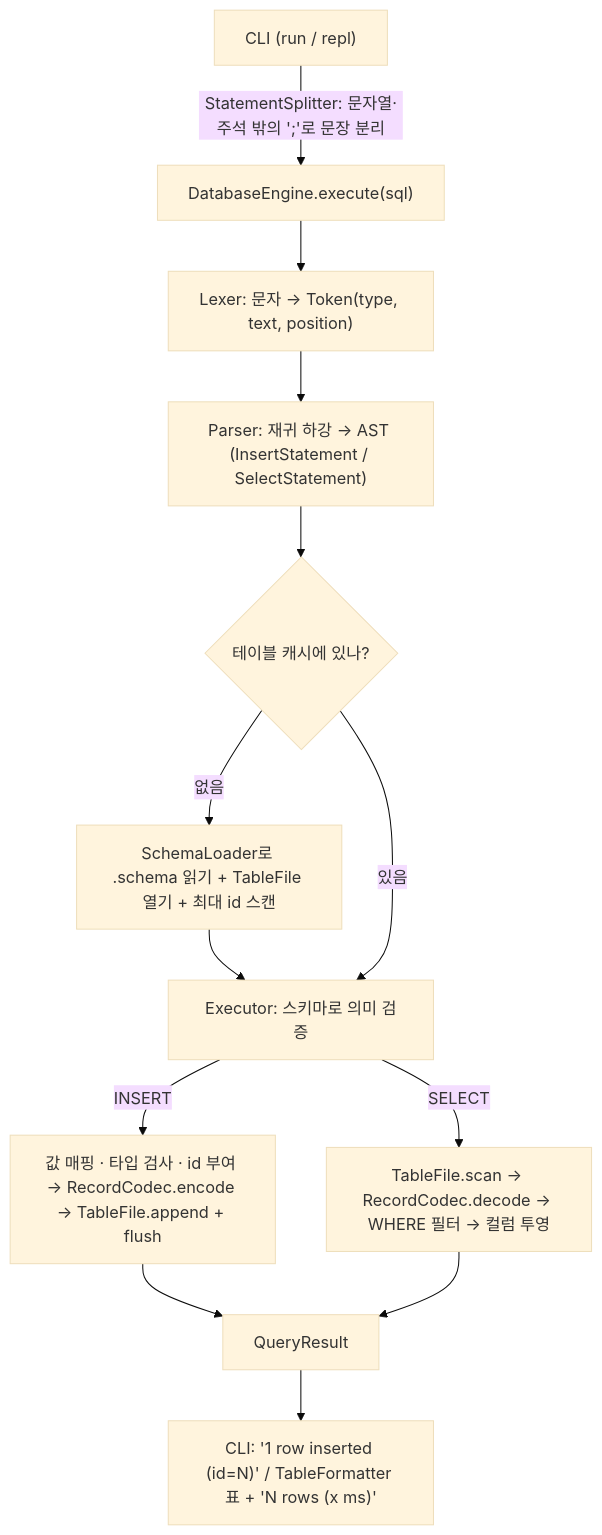
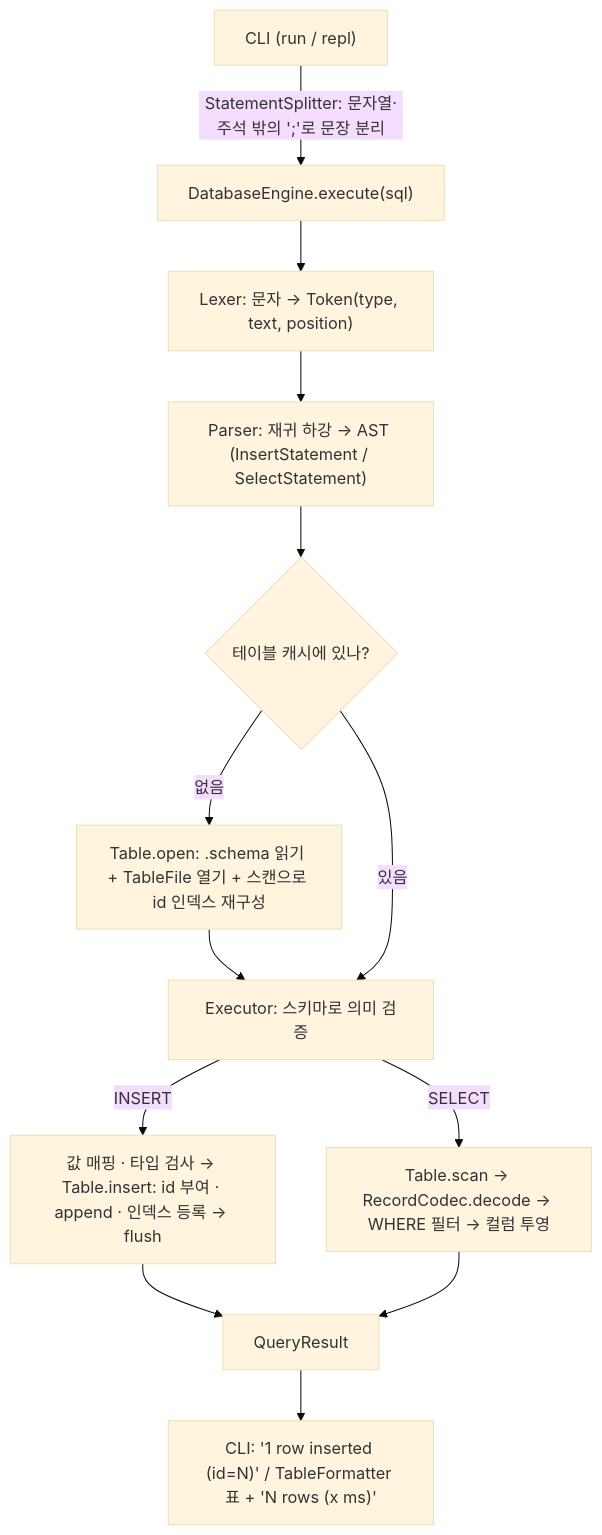
Before and after one commit to kimtaeg/ai-framework: the diagram in mini_DBMS/README.md, drawn with Mermaid (base theme). The commit also changed other lines of this file and 8 other files, not shown here.

Commit message:
feat: B+ 트리 id 인덱스를 Table에 연결 (offset 등록, readAt, 재시작 시 인덱스 재구성)

````diff
--- a/mini_DBMS/README.md
+++ b/mini_DBMS/README.md
@@ -120,15 +132,15 @@
 ```mermaid
 flowchart TD
     A["CLI (run / repl)"] -->|"StatementSplitter: 문자열·주석 밖의 ';'로 문장 분리"| B["DatabaseEngine.execute(sql)"]
     B --> C["Lexer: 문자 → Token(type, text, position)"]
     C --> D["Parser: 재귀 하강 → AST (InsertStatement / SelectStatement)"]
     D --> E{"테이블 캐시에 있나?"}
-    E -->|없음| F["SchemaLoader로 .schema 읽기 + TableFile 열기 + 최대 id 스캔"]
+    E -->|없음| F["Table.open: .schema 읽기 + TableFile 열기 + 스캔으로 id 인덱스 재구성"]
     F --> G
     E -->|있음| G["Executor: 스키마로 의미 검증"]
-    G -->|INSERT| H["값 매핑 · 타입 검사 · id 부여 → RecordCodec.encode → TableFile.append + flush"]
-    G -->|SELECT| I["TableFile.scan → RecordCodec.decode → WHERE 필터 → 컬럼 투영"]
+    G -->|INSERT| H["값 매핑 · 타입 검사 → Table.insert: id 부여 · append · 인덱스 등록 → flush"]
+    G -->|SELECT| I["Table.scan → RecordCodec.decode → WHERE 필터 → 컬럼 투영"]
     H --> J["QueryResult"]
     I --> J
     J --> K["CLI: '1 row inserted (id=N)' / TableFormatter 표 + 'N rows (x ms)'"]
 ```
````
